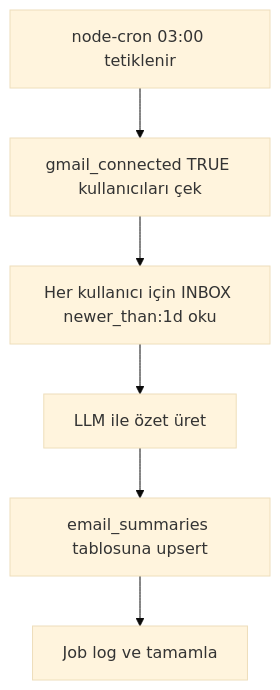
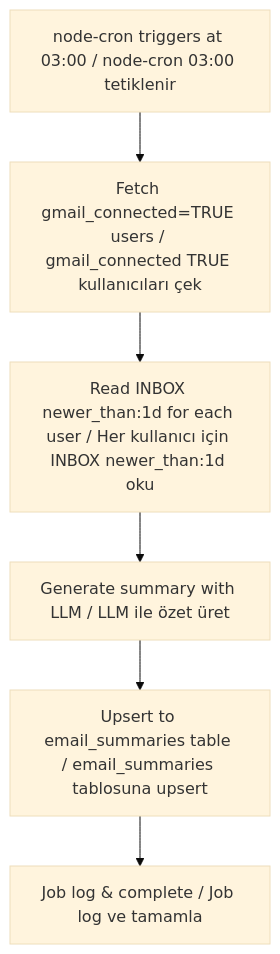
Before and after one commit to knowhycodata/knowhy_auth0: the fifth of 5 diagrams in README.md, drawn with Mermaid (base theme). The commit also changed other lines of this file, not shown here.

````diff
--- a/README.md
+++ b/README.md
@@ -271,8 +283,8 @@
 ```mermaid
 flowchart TD
-    A["node-cron 03:00 tetiklenir"] --> B["gmail_connected TRUE kullanıcıları çek"]
-    B --> C["Her kullanıcı için INBOX newer_than:1d oku"]
-    C --> D["LLM ile özet üret"]
-    D --> E["email_summaries tablosuna upsert"]
-    E --> F["Job log ve tamamla"]
+    A["node-cron triggers at 03:00 / node-cron 03:00 tetiklenir"] --> B["Fetch gmail_connected=TRUE users / gmail_connected TRUE kullanıcıları çek"]
+    B --> C["Read INBOX newer_than:1d for each user / Her kullanıcı için INBOX newer_than:1d oku"]
+    C --> D["Generate summary with LLM / LLM ile özet üret"]
+    D --> E["Upsert to email_summaries table / email_summaries tablosuna upsert"]
+    E --> F["Job log & complete / Job log ve tamamla"]
 ```
````
